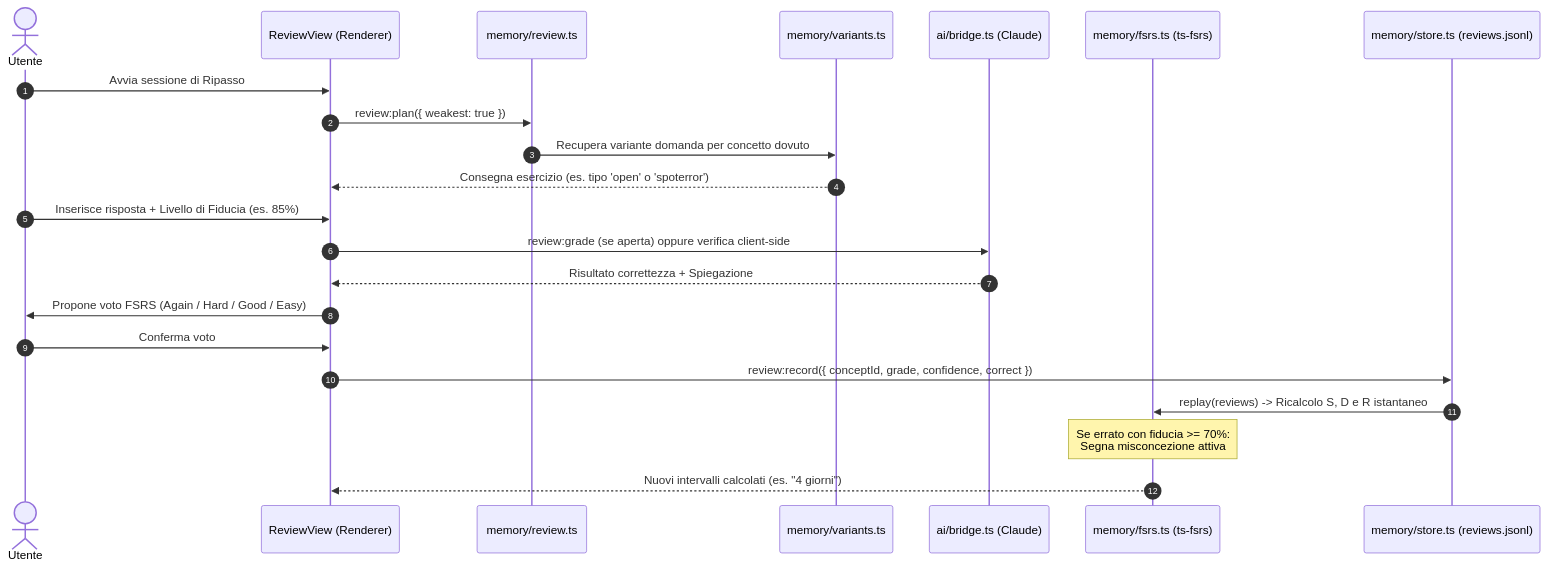
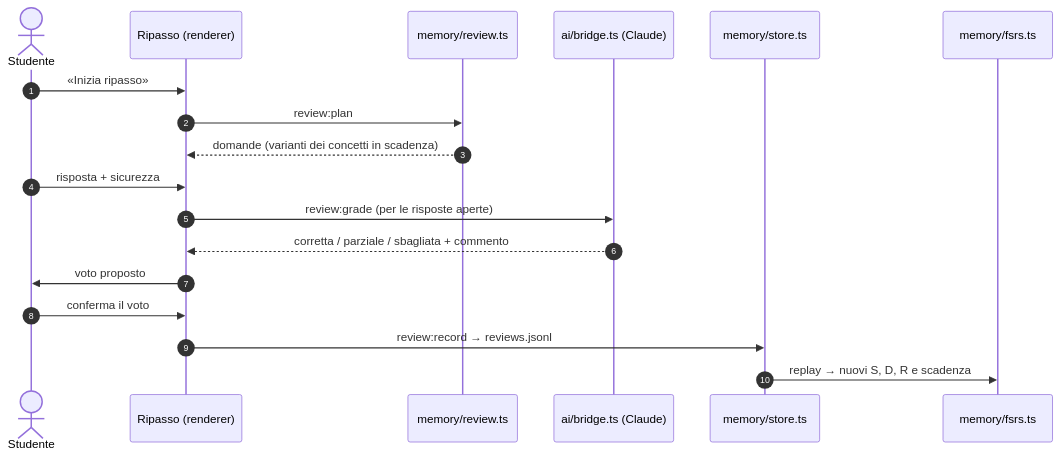
The fourth of 6 diagrams in docs/ARCHITECTURE.md (andrevvuuuu/sinapsi), drawn with Mermaid before and after one commit. The commit also changed other lines of this file, not shown here.

Commit message:
docs: ARCHITECTURE aggiornato sull'app di oggi

````diff
--- a/docs/ARCHITECTURE.md
+++ b/docs/ARCHITECTURE.md
@@ -457,25 +453,21 @@
 ```mermaid
 sequenceDiagram
     autonumber
-    actor Utente
-    participant UI as ReviewView (Renderer)
-    participant ReviewSvc as memory/review.ts
-    participant Variants as memory/variants.ts
-    participant Bridge as ai/bridge.ts (Claude)
-    participant FSRS as memory/fsrs.ts (ts-fsrs)
-    participant Store as memory/store.ts (reviews.jsonl)
+    actor Studente
+    participant UI as Ripasso (renderer)
+    participant Svc as memory/review.ts
+    participant AI as ai/bridge.ts (Claude)
+    participant Store as memory/store.ts
+    participant FSRS as memory/fsrs.ts
 
-    Utente->>UI: Avvia sessione di Ripasso
-    UI->>ReviewSvc: review:plan({ weakest: true })
-    ReviewSvc->>Variants: Recupera variante domanda per concetto dovuto
-    Variants-->>UI: Consegna esercizio (es. tipo 'open' o 'spoterror')
-    Utente->>UI: Inserisce risposta + Livello di Fiducia (es. 85%)
-    UI->>Bridge: review:grade (se aperta) oppure verifica client-side
-    Bridge-->>UI: Risultato correttezza + Spiegazione
-    UI->>Utente: Propone voto FSRS (Again / Hard / Good / Easy)
-    Utente->>UI: Conferma voto
-    UI->>Store: review:record({ conceptId, grade, confidence, correct })
-    Store->>FSRS: replay(reviews) -> Ricalcolo S, D e R istantaneo
-    Note over FSRS: Se errato con fiducia >= 70%:<br/>Segna misconcezione attiva
-    FSRS-->>UI: Nuovi intervalli calcolati (es. "4 giorni")
+    Studente->>UI: «Inizia ripasso»
+    UI->>Svc: review:plan
+    Svc-->>UI: domande (varianti dei concetti in scadenza)
+    Studente->>UI: risposta + sicurezza
+    UI->>AI: review:grade (per le risposte aperte)
+    AI-->>UI: corretta / parziale / sbagliata + commento
+    UI->>Studente: voto proposto
+    Studente->>UI: conferma il voto
+    UI->>Store: review:record → reviews.jsonl
+    Store->>FSRS: replay → nuovi S, D, R e scadenza
 ```
````
